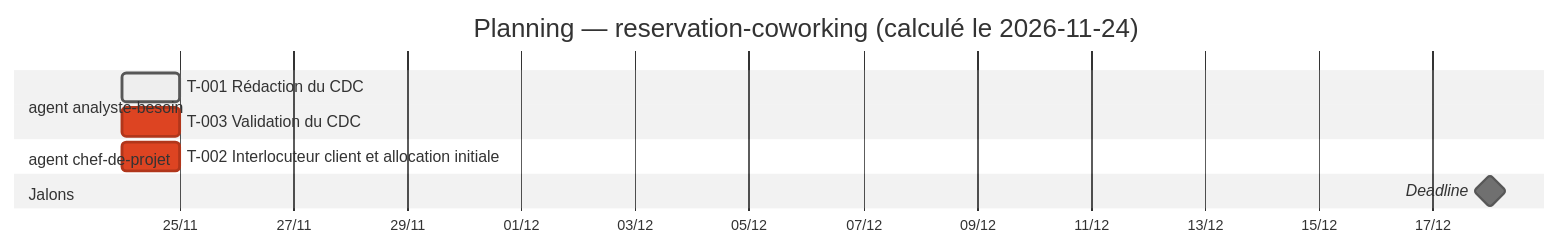
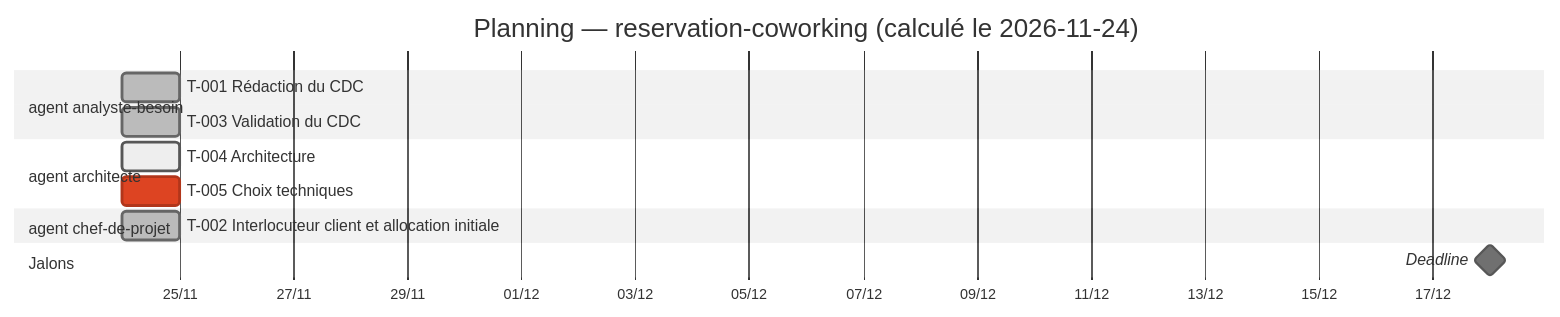
The diagram in projets/reservation-coworking/TABLEAU.md (LopezMat/tpGestionProjet), drawn with Mermaid (neutral theme) before and after one commit. The commit also changed other lines of this file and 11 other files, not shown here.

Commit message:
reservation-coworking: architecture v0.3 en revue (DEC-007)

````diff
--- a/projets/reservation-coworking/TABLEAU.md
+++ b/projets/reservation-coworking/TABLEAU.md
@@ -62,13 +67,16 @@
 ```mermaid
 gantt
     title Planning — reservation-coworking (calculé le 2026-11-24)
     dateFormat YYYY-MM-DD
     axisFormat %d/%m
     section agent analyste-besoin
-    T-001 Rédaction du CDC :active, t001, 2026-11-24, 2026-11-25
-    T-003 Validation du CDC :crit, t003, 2026-11-24, 2026-11-25
+    T-001 Rédaction du CDC :done, t001, 2026-11-24, 2026-11-25
+    T-003 Validation du CDC :done, t003, 2026-11-24, 2026-11-25
+    section agent architecte
+    T-004 Architecture :active, t004, 2026-11-24, 2026-11-25
+    T-005 Choix techniques :crit, t005, 2026-11-24, 2026-11-25
     section agent chef-de-projet
-    T-002 Interlocuteur client et allocation initiale :crit, t002, 2026-11-24, 2026-11-25
+    T-002 Interlocuteur client et allocation initiale :done, t002, 2026-11-24, 2026-11-25
     section Jalons
     Deadline :milestone, deadline, 2026-12-18, 0d
 ```
````
